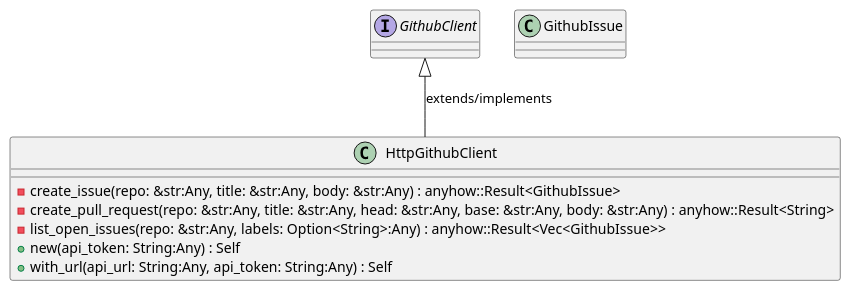
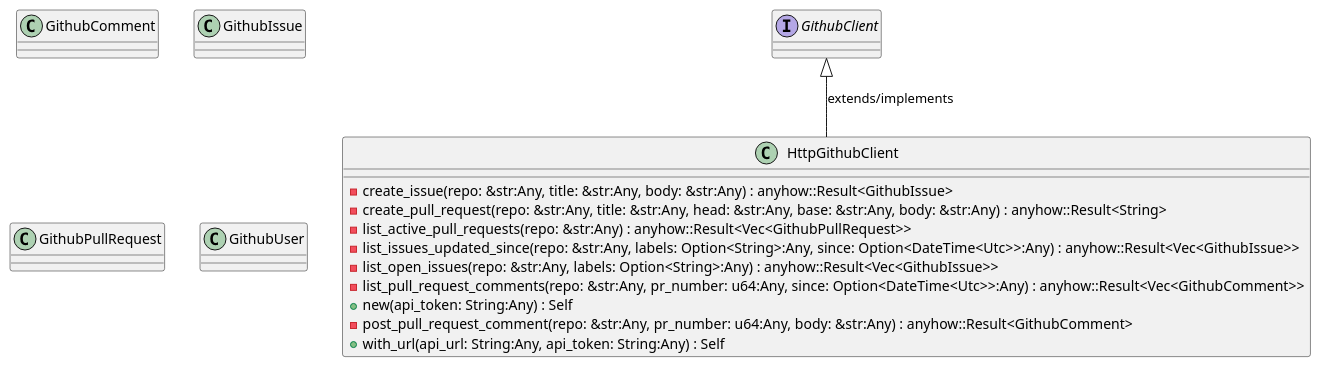
The first of 2 diagrams in openwiki/crates_factory_infrastructure_src_github.md (lgcorzo/rust_CACD_autonomous_factory), drawn with PlantUML before and after one commit. The commit also changed other lines of this file and 100 other files, not shown here.

````diff
--- a/openwiki/crates_factory_infrastructure_src_github.md
+++ b/openwiki/crates_factory_infrastructure_src_github.md
@@ -150,17 +228,27 @@
 ```plantuml
 @startuml
 interface GithubClient {
 }
+class GithubComment {
+}
 class GithubIssue {
+}
+class GithubPullRequest {
+}
+class GithubUser {
 }
 class HttpGithubClient {
     -create_issue(repo: &str:Any, title: &str:Any, body: &str:Any) : anyhow::Result<GithubIssue>
     -create_pull_request(repo: &str:Any, title: &str:Any, head: &str:Any, base: &str:Any, body: &str:Any) : anyhow::Result<String>
+    -list_active_pull_requests(repo: &str:Any) : anyhow::Result<Vec<GithubPullRequest>>
+    -list_issues_updated_since(repo: &str:Any, labels: Option<String>:Any, since: Option<DateTime<Utc>>:Any) : anyhow::Result<Vec<GithubIssue>>
     -list_open_issues(repo: &str:Any, labels: Option<String>:Any) : anyhow::Result<Vec<GithubIssue>>
+    -list_pull_request_comments(repo: &str:Any, pr_number: u64:Any, since: Option<DateTime<Utc>>:Any) : anyhow::Result<Vec<GithubComment>>
     +new(api_token: String:Any) : Self
+    -post_pull_request_comment(repo: &str:Any, pr_number: u64:Any, body: &str:Any) : anyhow::Result<GithubComment>
     +with_url(api_url: String:Any, api_token: String:Any) : Self
 }
 GithubClient <|-- HttpGithubClient : extends/implements
 @enduml
 
 ```
````
